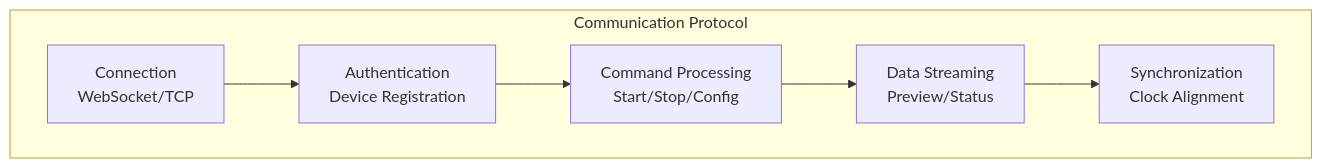
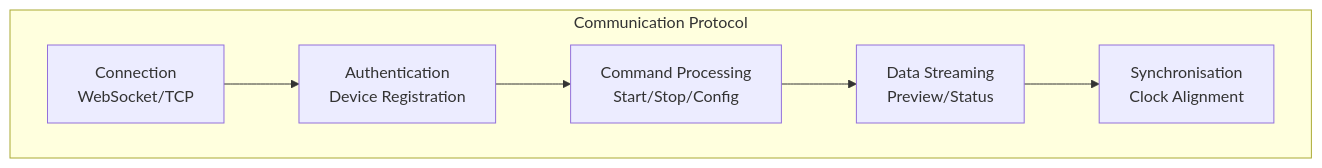
Before and after one commit to buccancs/fyp-multi-sensor-recording-system: the fifth of 8 diagrams in AndroidApp/README.md, drawn with Mermaid. The commit also changed other lines of this file and 56 other files, not shown here.

````diff
--- a/AndroidApp/README.md
+++ b/AndroidApp/README.md
@@ -293,15 +293,15 @@
 ```mermaid
 graph TB
     subgraph "Communication Protocol"
         CONN[Connection<br/>WebSocket/TCP]
         AUTH[Authentication<br/>Device Registration]
         CMD[Command Processing<br/>Start/Stop/Config]
         STREAM[Data Streaming<br/>Preview/Status]
-        SYNC[Synchronization<br/>Clock Alignment]
+        SYNC[Synchronisation<br/>Clock Alignment]
         
         CONN --> AUTH
         AUTH --> CMD
         CMD --> STREAM
         STREAM --> SYNC
     end
 ```
````
